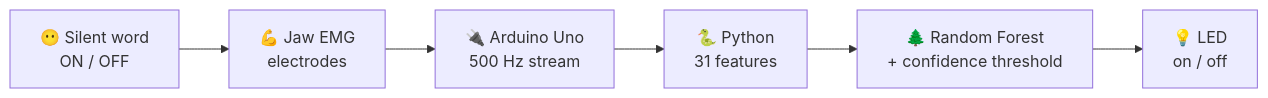
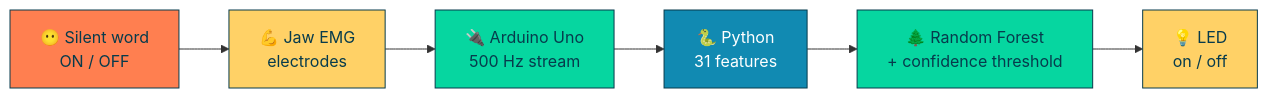
Before and after one commit to shakthi-007-sriher/shakthi-007-sriher: the diagram in README.md, drawn with Mermaid. The commit also changed other lines of this file, not shown here.

````diff
--- a/README.md
+++ b/README.md
@@ -83,8 +83,14 @@
 ```mermaid
 flowchart LR
     A[😶 Silent word<br/>ON / OFF] --> B[💪 Jaw EMG<br/>electrodes]
     B --> C[🔌 Arduino Uno<br/>500 Hz stream]
     C --> D[🐍 Python<br/>31 features]
     D --> E[🌲 Random Forest<br/>+ confidence threshold]
     E --> F[💡 LED<br/>on / off]
+    style A fill:#FF7F50,stroke:#073B4C,color:#073B4C
+    style B fill:#FFD166,stroke:#073B4C,color:#073B4C
+    style C fill:#06D6A0,stroke:#073B4C,color:#073B4C
+    style D fill:#118AB2,stroke:#073B4C,color:#ffffff
+    style E fill:#06D6A0,stroke:#073B4C,color:#073B4C
+    style F fill:#FFD166,stroke:#073B4C,color:#073B4C
 ```
````
